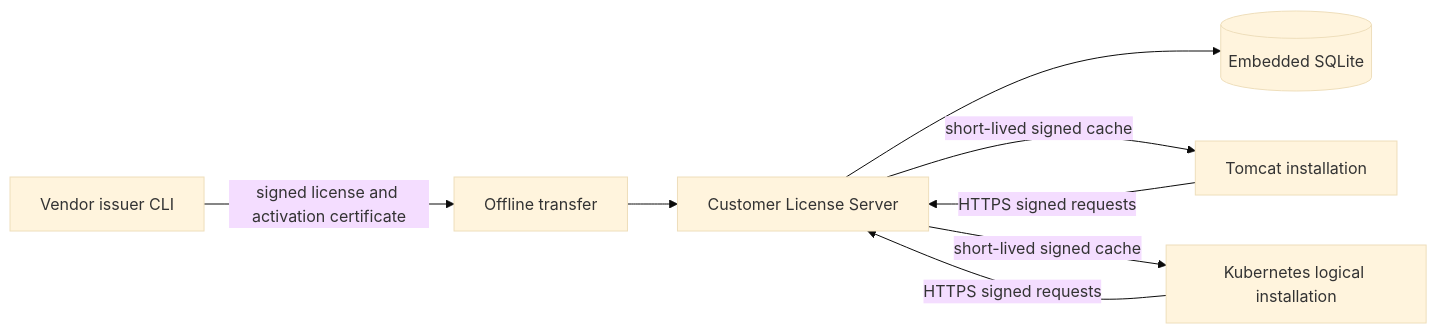
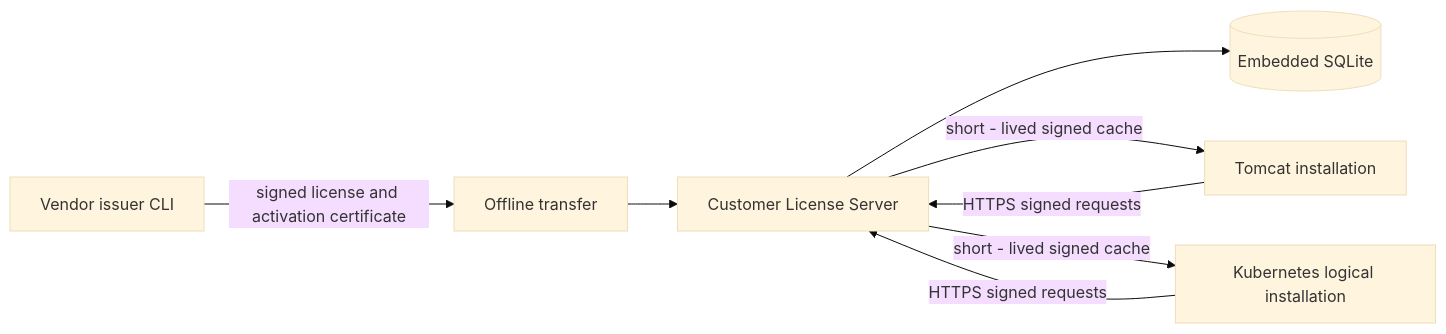
The diagram in offline-license-platform/docs/architecture.md (rajashashankmuppirala/offline-license-platform), drawn with Mermaid (base theme) before and after one commit. The commit also changed other lines of this file and 281 other files, not shown here.

````diff
--- a/offline-license-platform/docs/architecture.md
+++ b/offline-license-platform/docs/architecture.md
@@ -5,10 +7,10 @@
 ```mermaid
 flowchart LR
-  V[Vendor issuer CLI] -->|signed license and activation certificate| A[Offline transfer]
-  A --> LS[Customer License Server]
-  LS --> DB[(Embedded SQLite)]
-  T[Tomcat installation] -->|HTTPS signed requests| LS
-  K[Kubernetes logical installation] -->|HTTPS signed requests| LS
-  LS -->|short-lived signed cache| T
-  LS -->|short-lived signed cache| K
+    V[Vendor issuer CLI] -->|signed license and activation certificate| A[Offline transfer]
+    A --> LS[Customer License Server]
+    LS --> DB[(Embedded SQLite)]
+    T[Tomcat installation] -->|HTTPS signed requests| LS
+    K[Kubernetes logical installation] -->|HTTPS signed requests| LS
+    LS -->|short - lived signed cache| T
+    LS -->|short - lived signed cache| K
 ```
````
